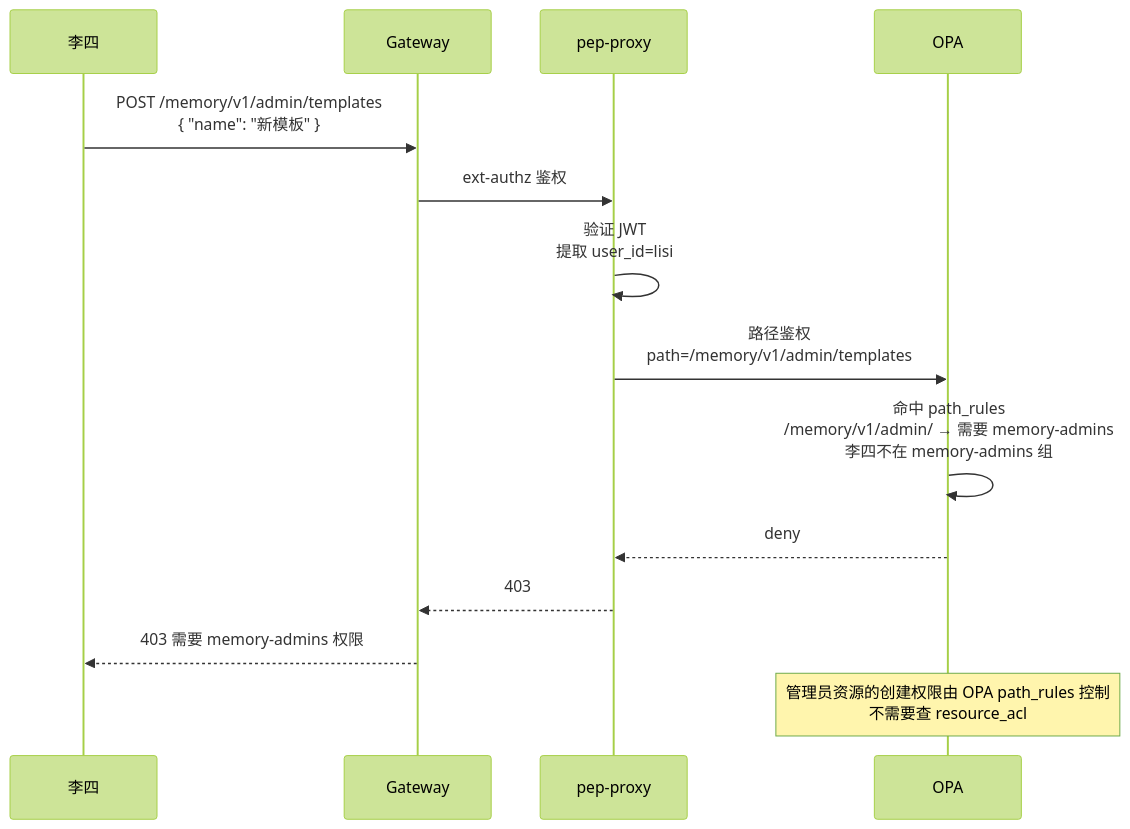
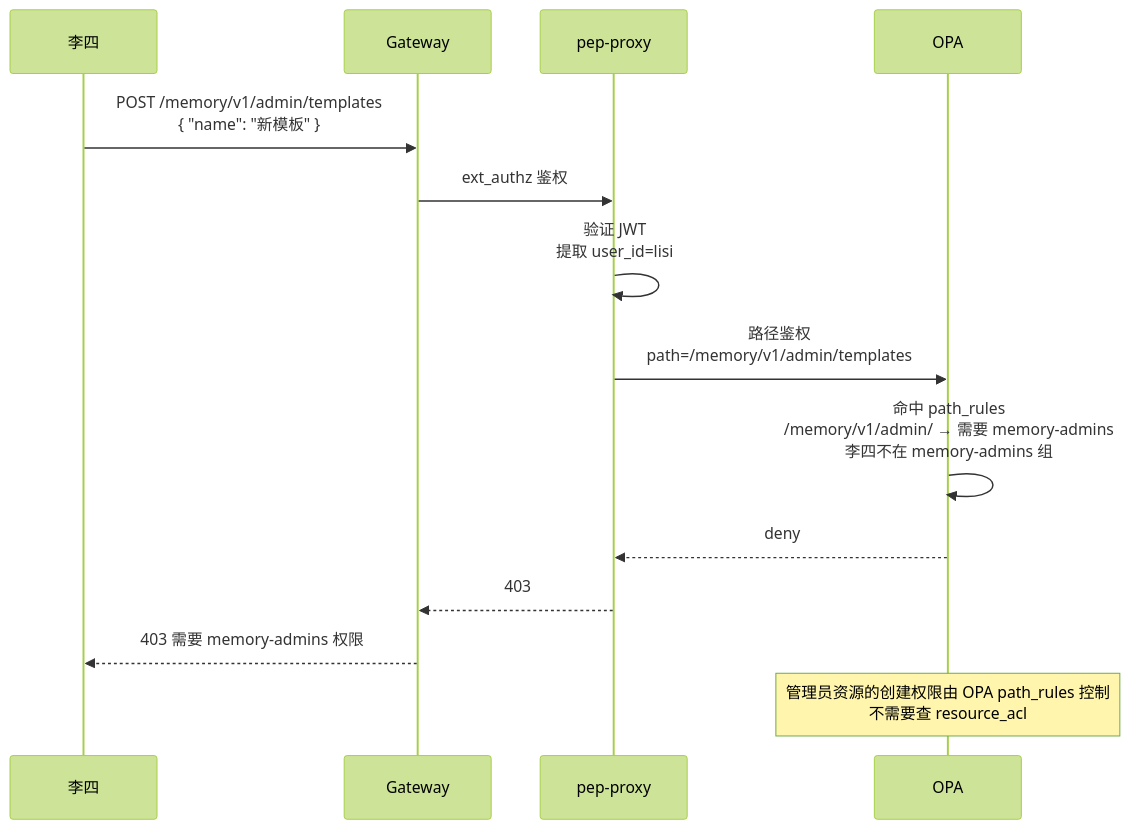
Before and after one commit to xiewanchao/aidp-iam: the fourth of 15 diagrams in diagrams/request-flow.md, drawn with Mermaid (forest theme). The commit also changed other lines of this file and 5 other files, not shown here.

````diff
--- a/diagrams/request-flow.md
+++ b/diagrams/request-flow.md
@@ -129,20 +138,20 @@
 ```mermaid
 sequenceDiagram
     participant U as 李四
     participant GW as Gateway
     participant PEP as pep-proxy
     participant OPA as OPA
 
     U->>GW: POST /memory/v1/admin/templates<br/>{ "name": "新模板" }
-    GW->>PEP: ext-authz 鉴权
+    GW->>PEP: ext_authz 鉴权
 
     PEP->>PEP: 验证 JWT<br/>提取 user_id=lisi
     PEP->>OPA: 路径鉴权<br/>path=/memory/v1/admin/templates
     OPA->>OPA: 命中 path_rules<br/>/memory/v1/admin/ → 需要 memory-admins<br/>李四不在 memory-admins 组
     OPA-->>PEP: deny
 
     PEP-->>GW: 403
     GW-->>U: 403 需要 memory-admins 权限
 
     Note over OPA: 管理员资源的创建权限由 OPA path_rules 控制<br/>不需要查 resource_acl
 ```
````
